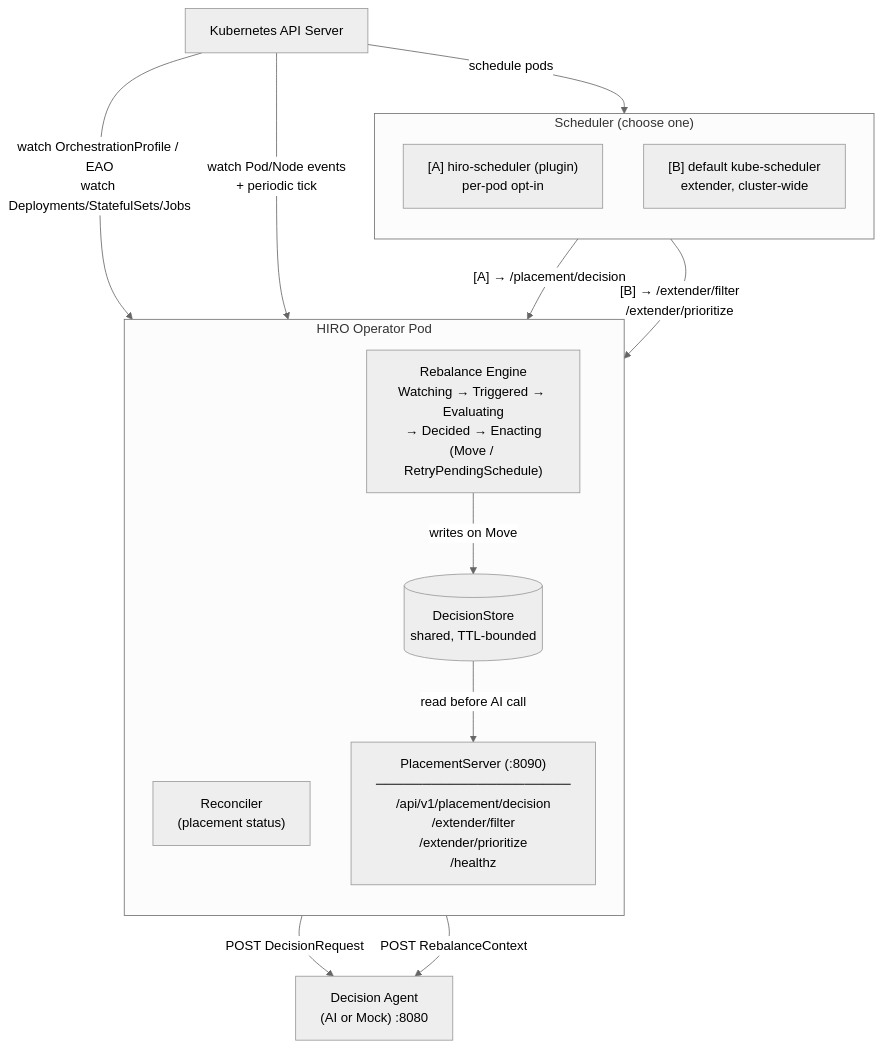
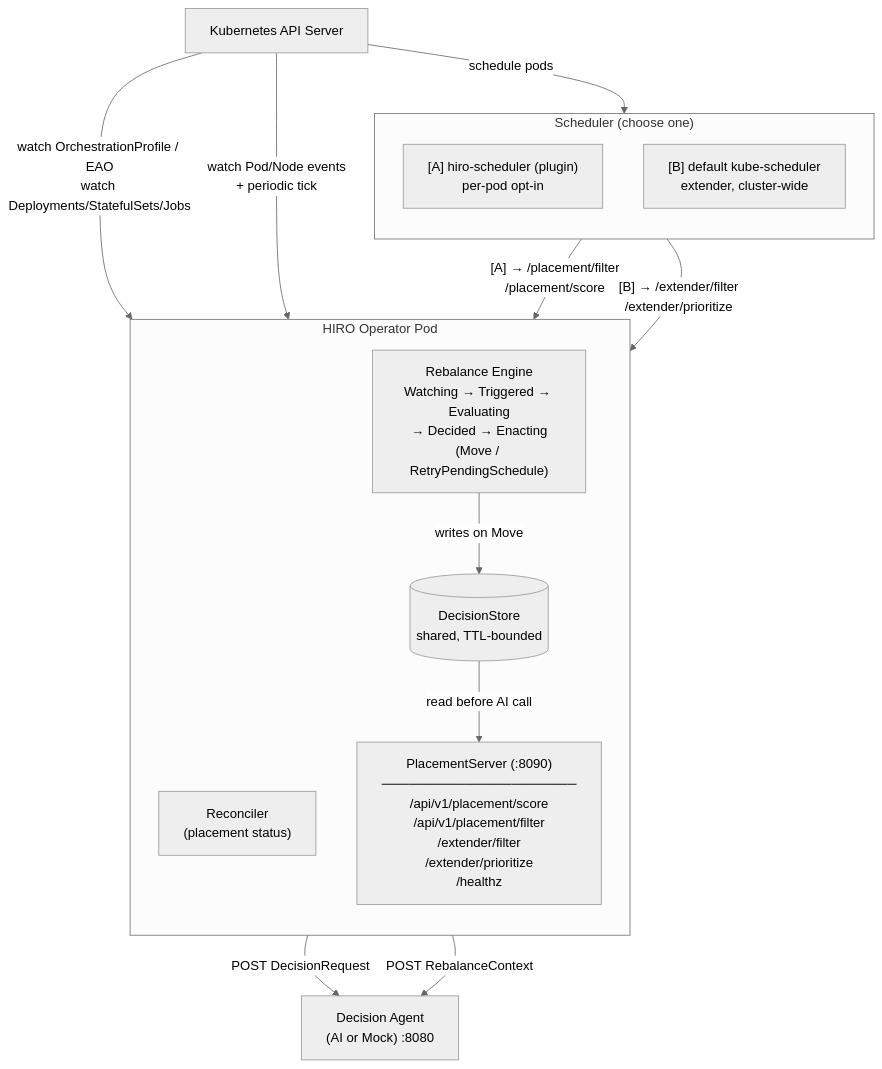
Before and after one commit to HIRO-MicroDataCenters-BV/hiro-adaptive-orchestrator: the first of 5 diagrams in docs/architecture.md, drawn with Mermaid (neutral theme). The commit also changed other lines of this file and 3 other files, not shown here.

````diff
--- a/docs/architecture.md
+++ b/docs/architecture.md
@@ -50,31 +51,31 @@
 ```mermaid
 flowchart TB
     API["Kubernetes API Server"]
 
     subgraph Operator["HIRO Operator Pod"]
         direction TB
         Reconciler["Reconciler<br/>(placement status)"]
         RE["Rebalance Engine<br/>Watching → Triggered → Evaluating<br/>→ Decided → Enacting<br/>(Move / RetryPendingSchedule)"]
         Store[("DecisionStore<br/>shared, TTL-bounded")]
-        PS["PlacementServer (:8090)<br/>─────────────────────<br/>/api/v1/placement/decision<br/>/extender/filter<br/>/extender/prioritize<br/>/healthz"]
+        PS["PlacementServer (:8090)<br/>─────────────────────<br/>/api/v1/placement/score<br/>/api/v1/placement/filter<br/>/extender/filter<br/>/extender/prioritize<br/>/healthz"]
 
         RE -->|"writes on Move"| Store
         Store -->|"read before AI call"| PS
     end
 
     subgraph SchedChoice["Scheduler (choose one)"]
         direction TB
         A["[A] hiro-scheduler (plugin)<br/>per-pod opt-in"]
         B["[B] default kube-scheduler<br/>extender, cluster-wide"]
     end
 
     Agent["Decision Agent<br/>(AI or Mock) :8080"]
 
     API -->|"watch OrchestrationProfile / EAO<br/>watch Deployments/StatefulSets/Jobs"| Reconciler
     API -->|"watch Pod/Node events<br/>+ periodic tick"| RE
     API -->|"schedule pods"| SchedChoice
-    A -->|"[A] → /placement/decision"| PS
+    A -->|"[A] → /placement/filter<br/>/placement/score"| PS
     B -->|"[B] → /extender/filter<br/>/extender/prioritize"| PS
     PS -->|"POST DecisionRequest"| Agent
     RE -->|"POST RebalanceContext"| Agent
 ```
````
